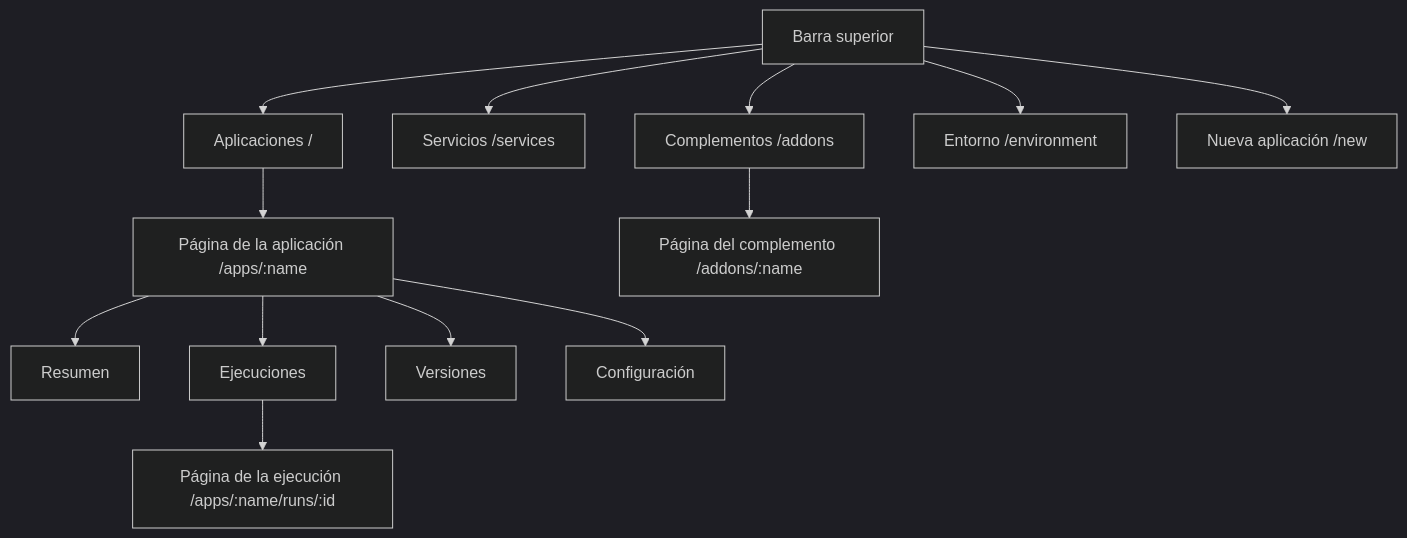
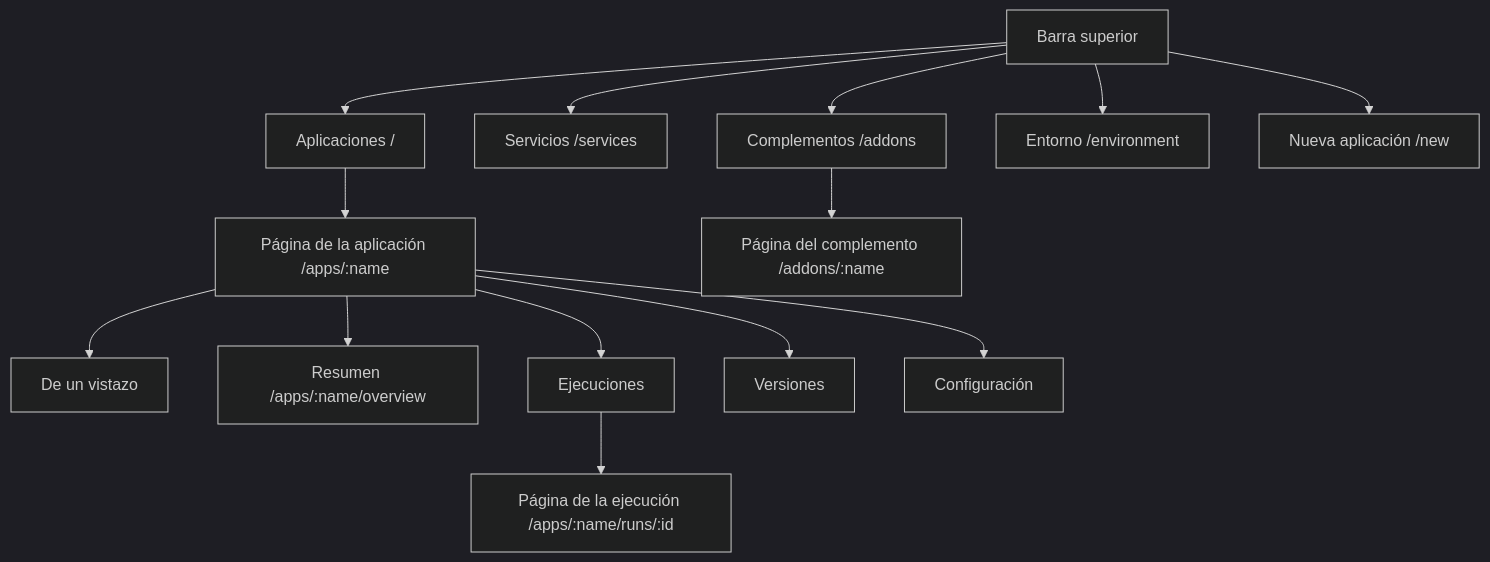
Before and after one commit to rendimiento-ai/rendimiento: the diagram in docs/content/start/tour.es.md, drawn with Mermaid (dark theme). The commit also changed other lines of this file and 6 other files, not shown here.

First line of the commit message:
An app's page opens with a glance: its flower, its week, and what needs you

````diff
--- a/docs/content/start/tour.es.md
+++ b/docs/content/start/tour.es.md
@@ -5,14 +5,15 @@
 ```mermaid
 flowchart TB
     top[Barra superior] --> apps[Aplicaciones /]
     top --> svc[Servicios /services]
     top --> add[Complementos /addons]
     top --> env[Entorno /environment]
     top --> new[Nueva aplicación /new]
     apps --> app[Página de la aplicación /apps/:name]
-    app --> ov[Resumen]
+    app --> gl[De un vistazo]
+    app --> ov[Resumen /apps/:name/overview]
     app --> runs[Ejecuciones] --> run[Página de la ejecución /apps/:name/runs/:id]
     app --> rel[Versiones]
     app --> set[Configuración]
     add --> det[Página del complemento /addons/:name]
 ```
````
